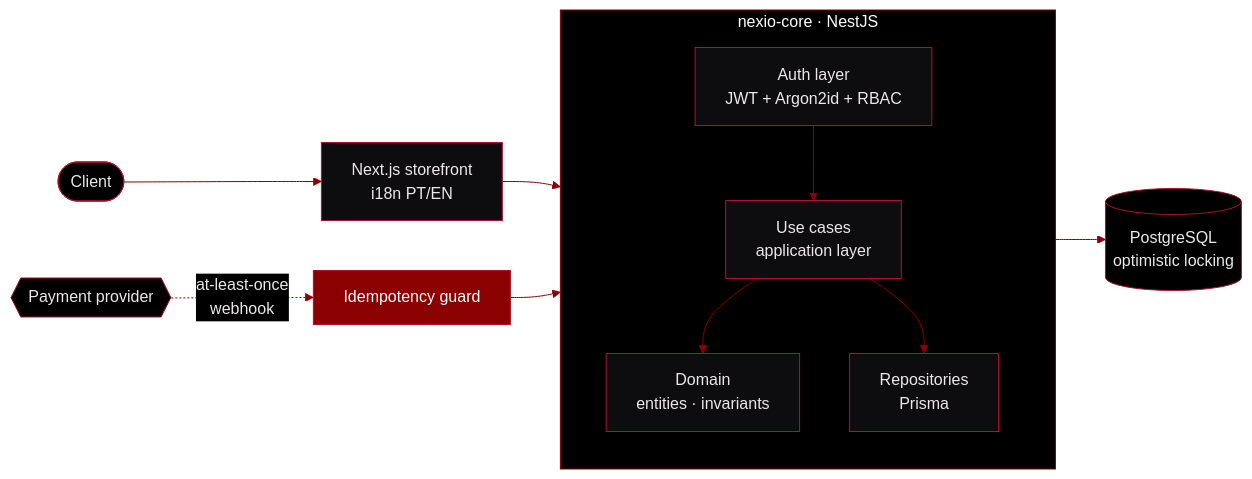
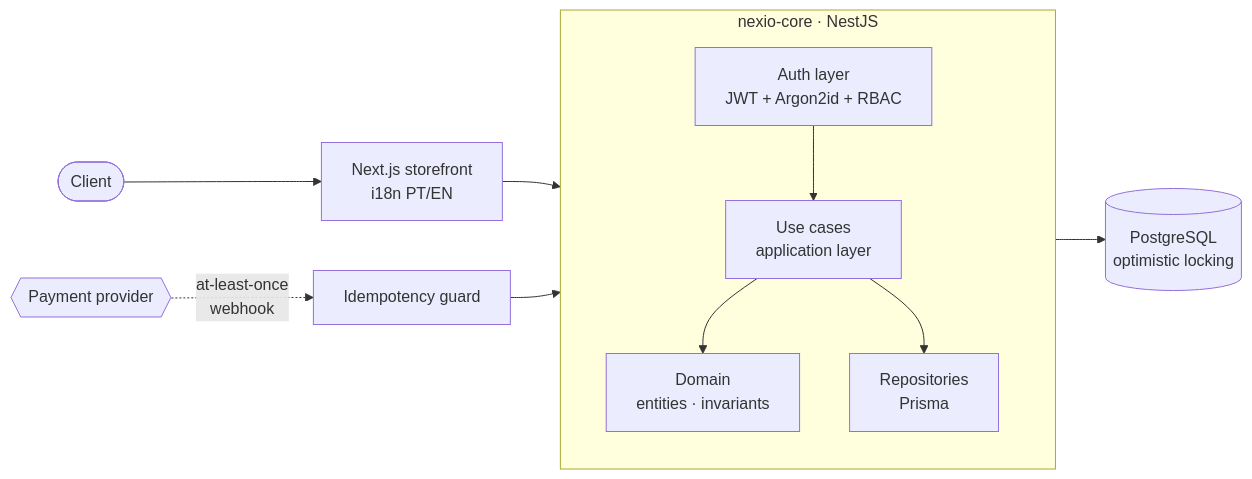
The diagram in README.md (M4rcosz/m4rcosz), drawn with Mermaid before and after one commit. The commit also changed other lines of this file and 1 other file, not shown here.

````diff
--- a/README.md
+++ b/README.md
@@ -22,27 +23,16 @@
 ```mermaid
-%%{init: {'theme':'base','themeVariables':{
-  'primaryColor':'#0D0D10','primaryTextColor':'#EDE7E7','primaryBorderColor':'#B01030',
-  'lineColor':'#8B0000','secondaryColor':'#000000','tertiaryColor':'#000000',
-  'fontFamily':'Georgia, serif','clusterBkg':'#000000','clusterBorder':'#8B0000',
-  'edgeLabelBackground':'#000000'
-}}}%%
 flowchart LR
     U([Client]) --> W["Next.js storefront<br/>i18n PT/EN"]
     W --> A
 
     subgraph API["nexio-core · NestJS"]
         direction TB
         A["Auth layer<br/>JWT + Argon2id + RBAC"] --> UC["Use cases<br/>application layer"]
         UC --> D["Domain<br/>entities · invariants"]
         UC --> R["Repositories<br/>Prisma"]
     end
 
     R --> DB[("PostgreSQL<br/>optimistic locking")]
     P{{"Payment provider"}} -.->|"at-least-once<br/>webhook"| IDK["Idempotency guard"]
     IDK --> UC
-
-    style U fill:#000000,stroke:#B01030,color:#EDE7E7
-    style DB fill:#000000,stroke:#B01030,color:#EDE7E7
-    style P fill:#000000,stroke:#B01030,color:#EDE7E7
-    style IDK fill:#8B0000,stroke:#B01030,color:#FFFFFF
 ```
````
